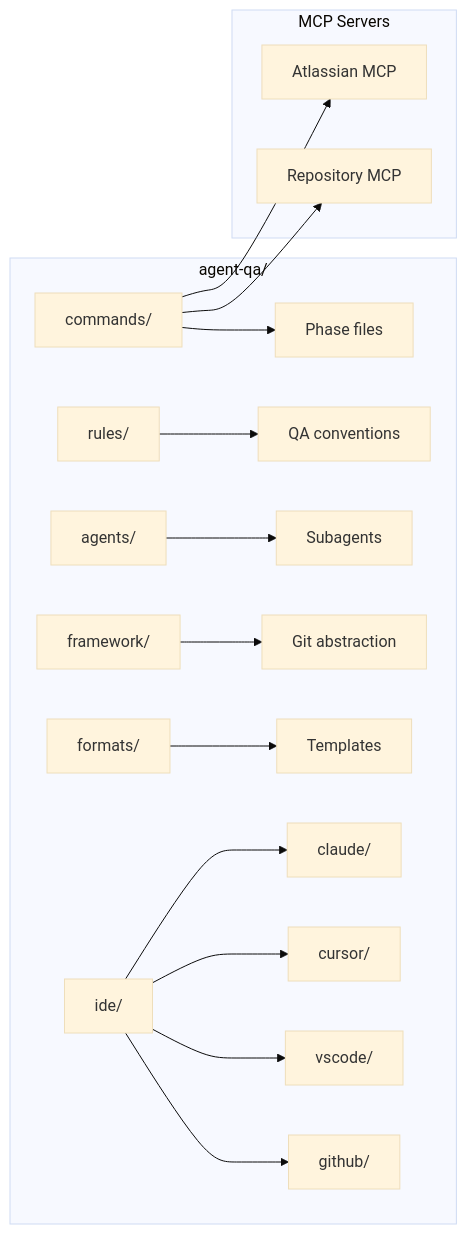
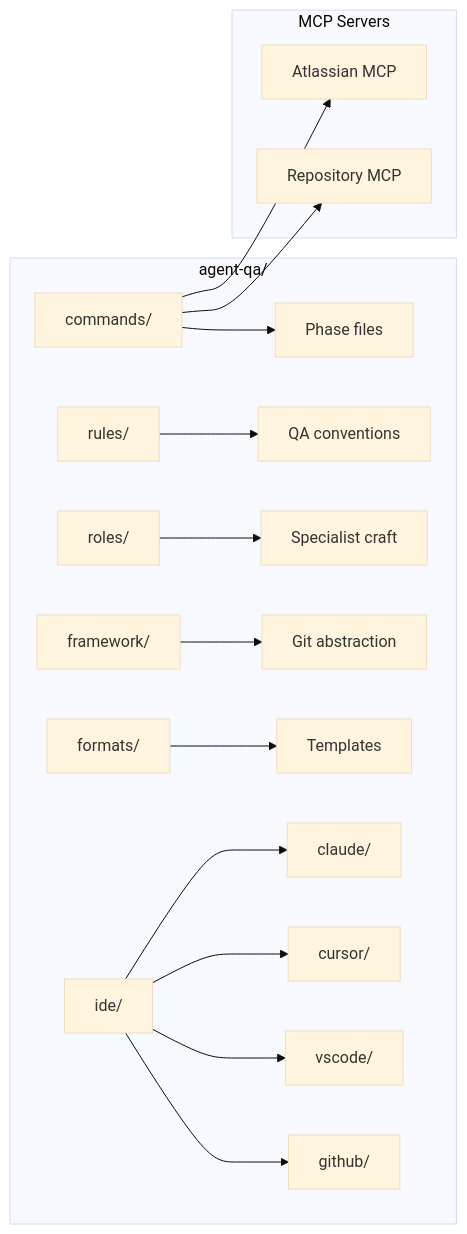
Before and after one commit to taouani/agent-qa: the second of 2 diagrams in README.md, drawn with Mermaid (base theme). The commit also changed other lines of this file and 24 other files, not shown here.

````diff
--- a/README.md
+++ b/README.md
@@ -252,22 +252,22 @@
 ```mermaid
 graph LR
     subgraph "agent-qa/"
         CMD[commands/] --> PHASES[Phase files]
         RULES[rules/] --> QA[QA conventions]
-        AGENTS[agents/] --> SUB[Subagents]
+        ROLES[roles/] --> CRAFT[Specialist craft]
         FW[framework/] --> GIT[Git abstraction]
         FMT[formats/] --> TPL[Templates]
         IDE[ide/] --> CL[claude/]
         IDE --> CU[cursor/]
         IDE --> VS[vscode/]
         IDE --> GH[github/]
     end
 
     subgraph "MCP Servers"
         ATL[Atlassian MCP]
         REPO[Repository MCP]
     end
 
     CMD --> ATL
     CMD --> REPO
 ```
````
